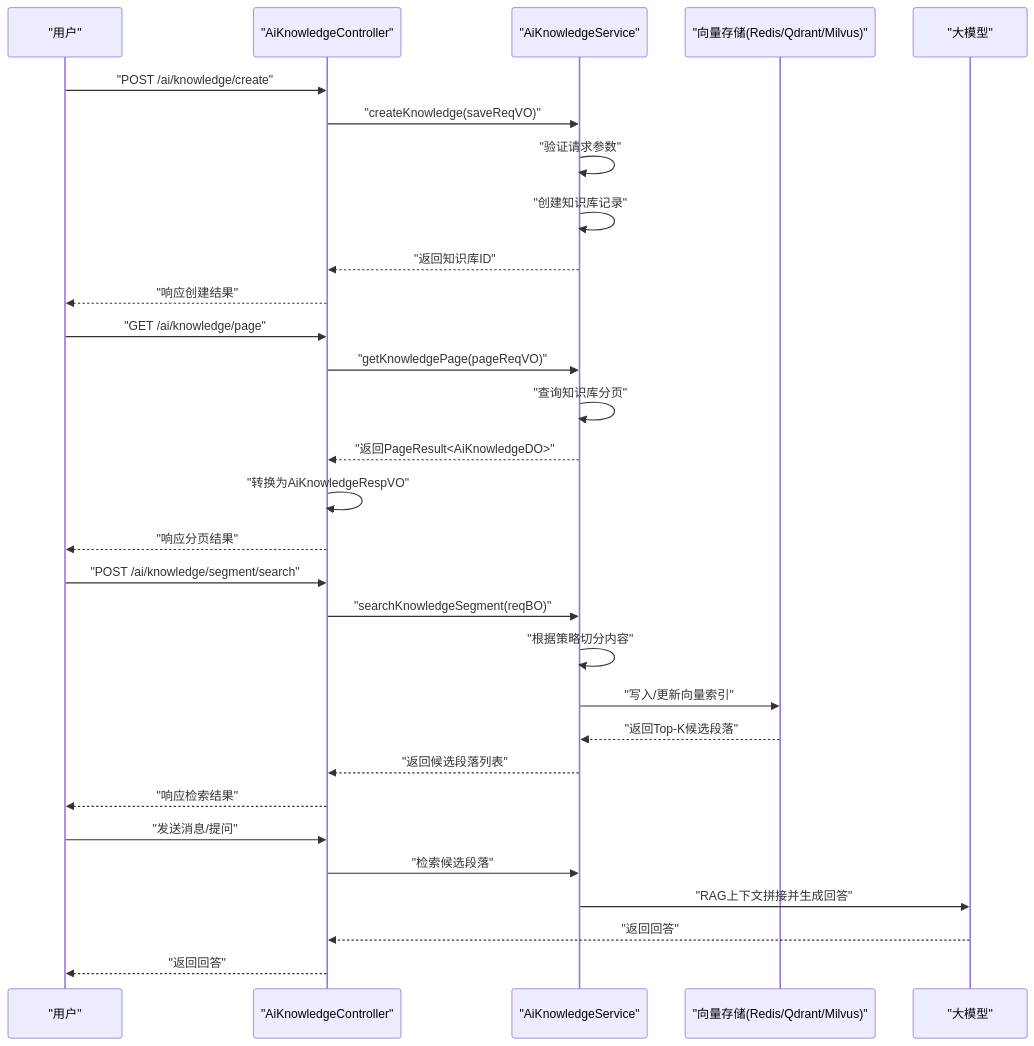
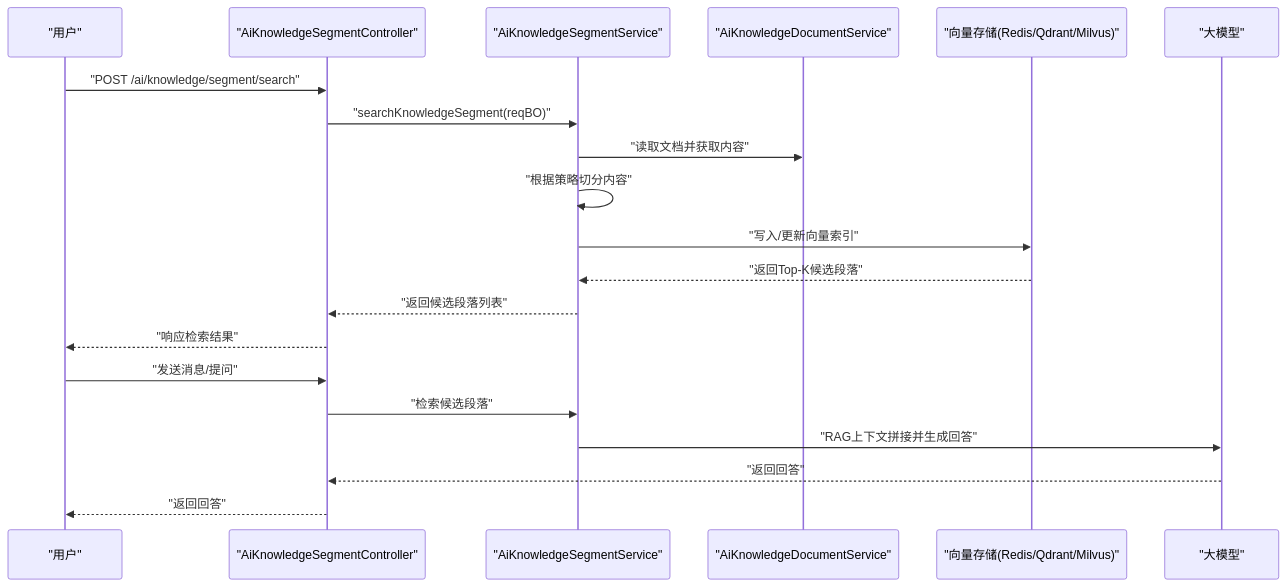
The second of 8 diagrams in .qoder/repowiki/zh/content/知识库管理系统/知识库管理系统.md (X555LB/data-ai), drawn with Mermaid before and after one commit. The commit also changed other lines of this file and 9 other files, not shown here.

````diff
--- a/.qoder/repowiki/zh/content/知识库管理系统/知识库管理系统.md
+++ b/.qoder/repowiki/zh/content/知识库管理系统/知识库管理系统.md
@@ -135,32 +119,22 @@
 ```mermaid
 sequenceDiagram
 participant U as "用户"
-participant C as "AiKnowledgeController"
-participant S as "AiKnowledgeService"
+participant C as "AiKnowledgeSegmentController"
+participant S as "AiKnowledgeSegmentService"
+participant D as "AiKnowledgeDocumentService"
 participant VS as "向量存储(Redis/Qdrant/Milvus)"
 participant LLM as "大模型"
-U->>C : "POST /ai/knowledge/create"
-C->>S : "createKnowledge(saveReqVO)"
-S->>S : "验证请求参数"
-S->>S : "创建知识库记录"
-S-->>C : "返回知识库ID"
-C-->>U : "响应创建结果"
-U->>C : "GET /ai/knowledge/page"
-C->>S : "getKnowledgePage(pageReqVO)"
-S->>S : "查询知识库分页"
-S-->>C : "返回PageResult<AiKnowledgeDO>"
-C->>C : "转换为AiKnowledgeRespVO"
-C-->>U : "响应分页结果"
 U->>C : "POST /ai/knowledge/segment/search"
 C->>S : "searchKnowledgeSegment(reqBO)"
+S->>D : "读取文档并获取内容"
 S->>S : "根据策略切分内容"
 S->>VS : "写入/更新向量索引"
 VS-->>S : "返回Top-K候选段落"
 S-->>C : "返回候选段落列表"
 C-->>U : "响应检索结果"
 U->>C : "发送消息/提问"
 C->>S : "检索候选段落"
 S->>LLM : "RAG上下文拼接并生成回答"
 LLM-->>C : "返回回答"
 C-->>U : "返回回答"
 ```
````
